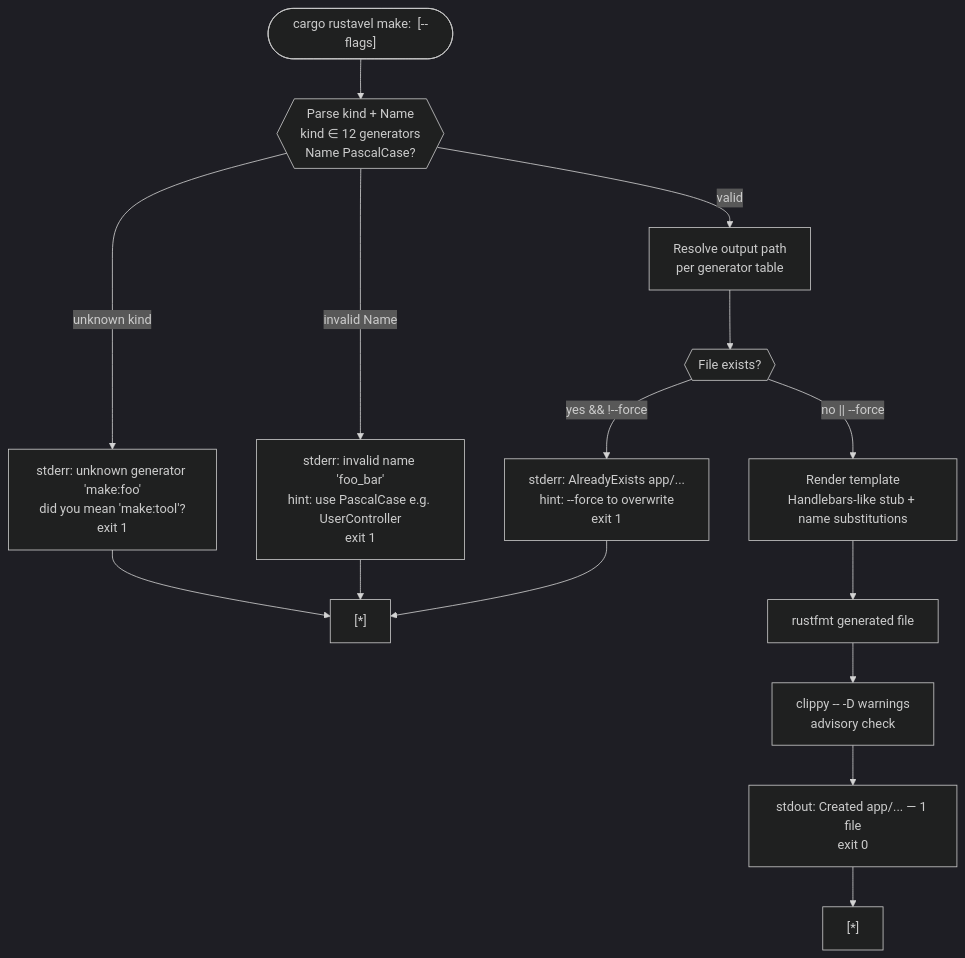
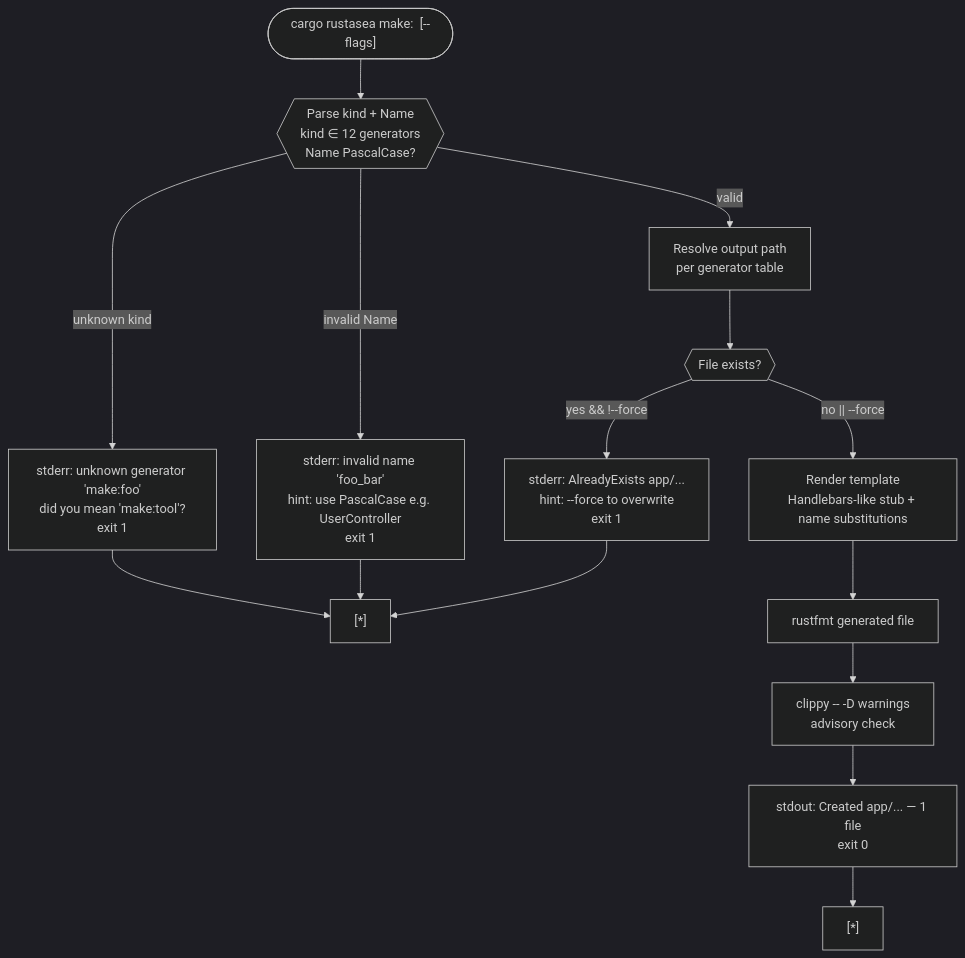
Before and after one commit to rustasea/rustasea: the fourth of 8 diagrams in .agents/documents/design/flows.md, drawn with Mermaid (dark theme). The commit also changed other lines of this file and 405 other files, not shown here.

````diff
--- a/.agents/documents/design/flows.md
+++ b/.agents/documents/design/flows.md
@@ -216,18 +216,18 @@
 ```mermaid
 flowchart TB
-    START(["cargo rustavel make:<kind> <Name> [--flags]"])
+    START(["cargo rustasea make:<kind> <Name> [--flags]"])
     START --> PARSE{{"Parse kind + Name<br/>kind ∈ 12 generators<br/>Name PascalCase?"}}
     PARSE -- "unknown kind" --> ERR_KIND["stderr: unknown generator 'make:foo'<br/>did you mean 'make:tool'?<br/>exit 1"]
     PARSE -- "invalid Name" --> ERR_NAME["stderr: invalid name 'foo_bar'<br/>hint: use PascalCase e.g. UserController<br/>exit 1"]
     PARSE -- valid --> RESOLVE["Resolve output path<br/>per generator table"]
     RESOLVE --> EXISTS{{"File exists?"}}
     EXISTS -- "yes && !--force" --> ERR_EXISTS["stderr: AlreadyExists app/...<br/>hint: --force to overwrite<br/>exit 1"]
     EXISTS -- "no || --force" --> TEMPL["Render template<br/>Handlebars-like stub + name substitutions"]
     TEMPL --> FMT["rustfmt generated file"]
     FMT --> CLIPPY["clippy -- -D warnings<br/>advisory check"]
     CLIPPY --> OUT["stdout: Created app/... — 1 file<br/>exit 0"]
     ERR_KIND --> ENDX["[*]"]
     ERR_NAME --> ENDX
     ERR_EXISTS --> ENDX
     OUT --> ENDOK["[*]"]
 ```
````
